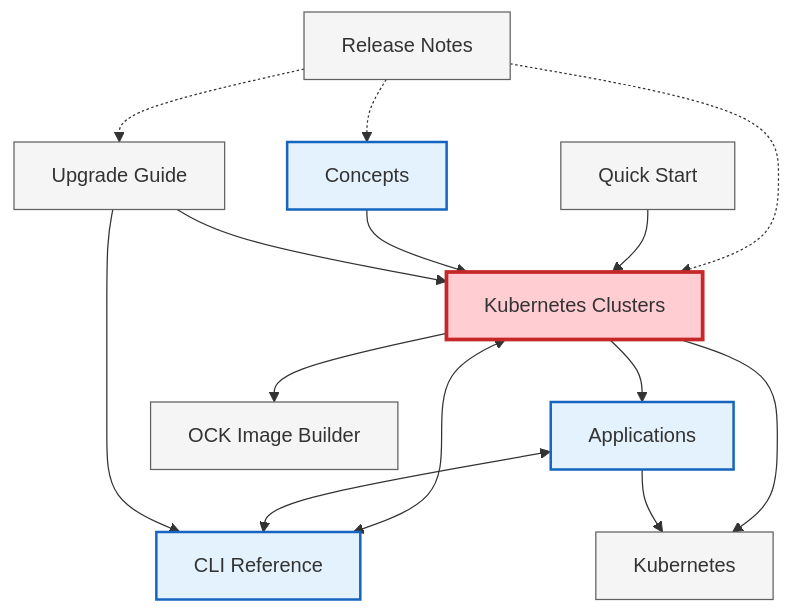
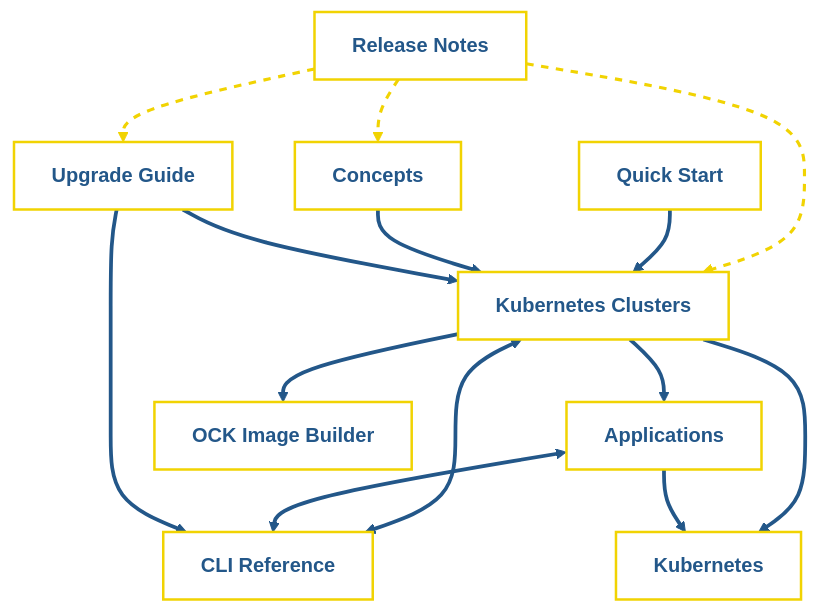
Before and after one commit to alison-holloway/alison-holloway.github.io: the eighth of 8 diagrams in _portfolio/ocne2_information_architecture.md, drawn with Mermaid. The commit also changed other lines of this file and 3 other files, not shown here.

First line of the commit message:
Add Mermaid diagram formatting system and apply new template styling

````diff
--- a/_portfolio/ocne2_information_architecture.md
+++ b/_portfolio/ocne2_information_architecture.md
@@ -334,39 +280,30 @@
 ```mermaid
-%%{init: {"theme": "default"}}%%
 flowchart TB
-    RN["Release Notes"]
-    CON["Concepts"]
-    QS["Quick Start"]
-    CLI["CLI Reference"]
-    KC["Kubernetes Clusters"]
-    APP["Applications"]
-    K8S["Kubernetes"]
-    OCK["OCK Image Builder"]
-    UPG["Upgrade Guide"]
-
-    RN -.-> CON
-    RN -.-> KC
-    RN -.-> UPG
-
-    QS --> KC
-    CON --> KC
-
-    KC <--> CLI
-    KC --> APP
-    APP <--> CLI
-
-    KC --> OCK
-    KC --> K8S
-    APP --> K8S
-
-    UPG --> KC
-    UPG --> CLI
-
-    classDef central fill:#FFCDD2,stroke:#C62828,stroke-width:3px
-    classDef primary fill:#E3F2FD,stroke:#1565C0,stroke-width:2px
-    classDef support fill:#F5F5F5,stroke:#616161,stroke-width:1px
-
-    class KC central
-    class CLI,APP,CON primary
-    class RN,QS,K8S,OCK,UPG support
+  RN["Release Notes"]
+  CON["Concepts"]
+  QS["Quick Start"]
+  CLI["CLI Reference"]
+  KC["Kubernetes Clusters"]
+  APP["Applications"]
+  K8S["Kubernetes"]
+  OCK["OCK Image Builder"]
+  UPG["Upgrade Guide"]
+  RN -.-> CON
+  RN -.-> KC
+  RN -.-> UPG
+  QS --> KC
+  CON --> KC
+  KC <--> CLI
+  KC --> APP
+  APP <--> CLI
+  KC --> OCK
+  KC --> K8S
+  APP --> K8S
+  UPG --> KC
+  UPG --> CLI
+  classDef chapter fill:#fff,stroke:#F1D302,stroke-width:2px,color:#235789,font-size:16px,font-weight:bold;
+  classDef workflowNode fill:#fff,stroke:#C1292E,stroke-width:2px,color:#235789,font-size:16px,font-weight:bold;
+  class APP,CLI,CON,K8S,KC,OCK,QS,RN,UPG chapter;
+  linkStyle 3,4,5,6,7,8,9,10,11,12 stroke:#235789,stroke-width:3px;
+  linkStyle 0,1,2 stroke:#F1D302,stroke-width:2.5px,stroke-dasharray:6,5;
 ```
````
